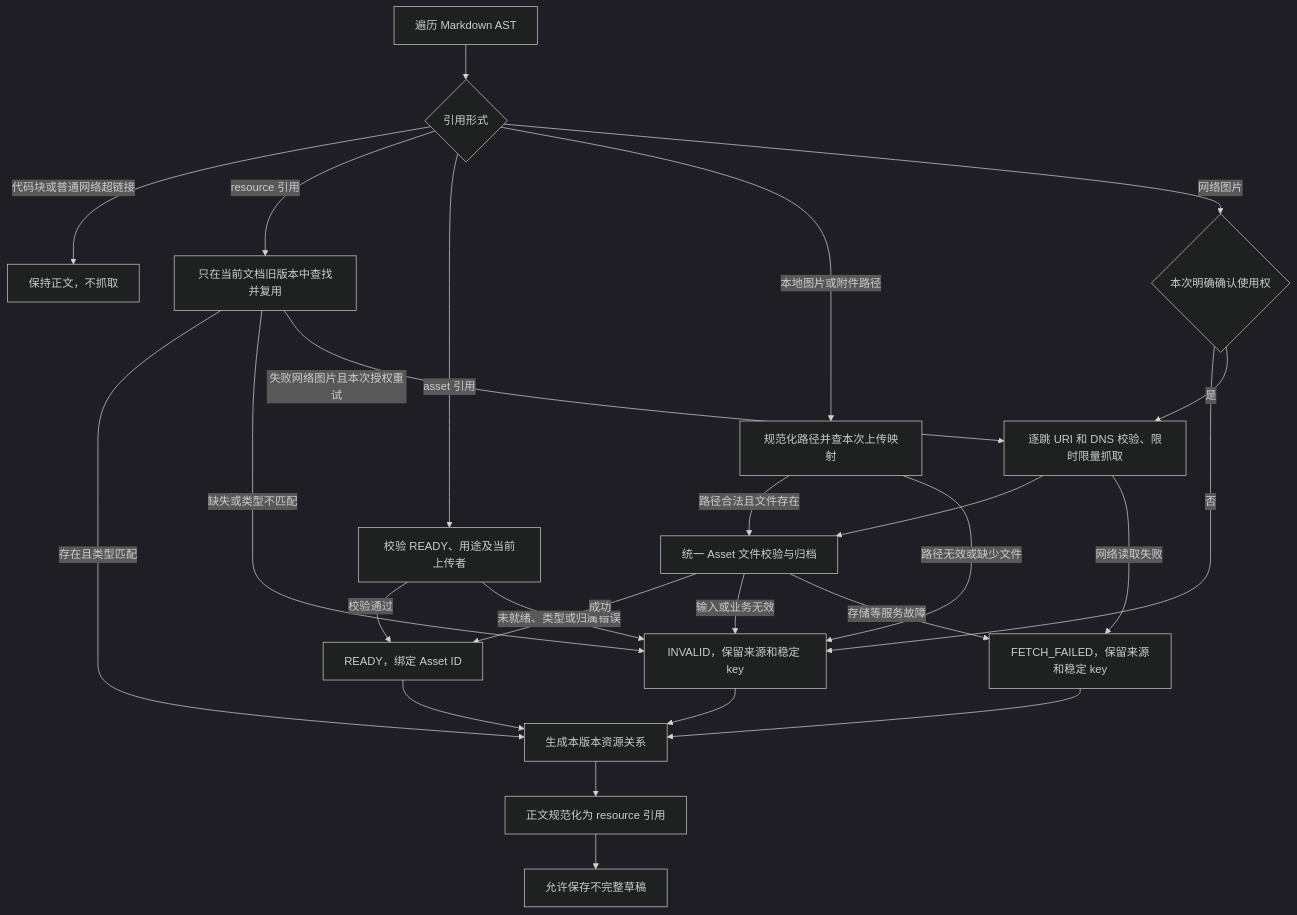
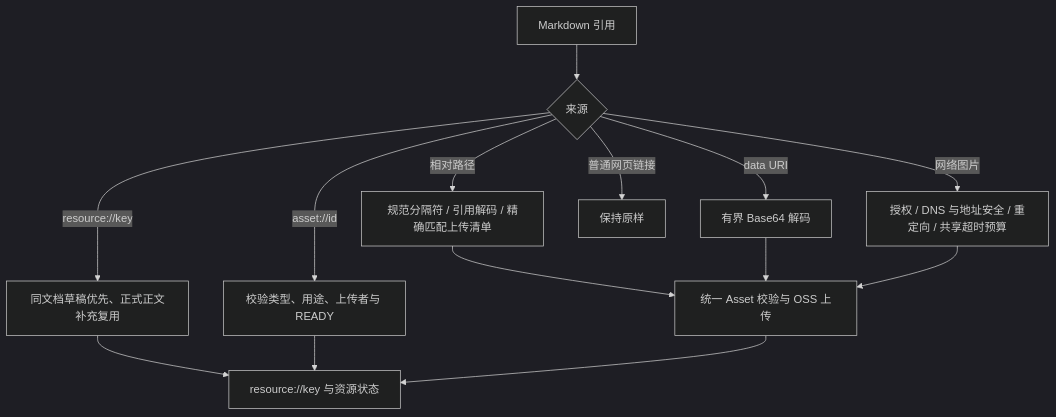
One commit to WKING66/mai-s-portfolio changed the diagram in resources/architecture/diagrams/document/04-resource-resolution.mmd. Above: the diagram before and after it, drawn with Mermaid (dark theme). The commit also changed 76 other files, not shown here.

Commit message:
refactor(backend-blog): align document draft and publication lifecycle

```diff
--- a/resources/architecture/diagrams/document/04-resource-resolution.mmd
+++ b/resources/architecture/diagrams/document/04-resource-resolution.mmd
@@ -1,27 +1,14 @@
-%% Generated from docs/architecture/document-import-export.md; edit that document first.
 flowchart TD
-    ast[遍历 Markdown AST] --> kind{引用形式}
-    kind -->|代码块或普通网络超链接| untouched[保持正文，不抓取]
-    kind -->|resource 引用| old[只在当前文档旧版本中查找并复用]
-    kind -->|asset 引用| owned[校验 READY、用途及当前上传者]
-    kind -->|本地图片或附件路径| local[规范化路径并查本次上传映射]
-    kind -->|网络图片| rights{本次明确确认使用权}
-    rights -->|否| invalid[INVALID，保留来源和稳定 key]
-    rights -->|是| remote[逐跳 URI 和 DNS 校验、限时限量抓取]
-    local -->|路径合法且文件存在| upload[统一 Asset 文件校验与归档]
-    local -->|路径无效或缺少文件| invalid
+    uri[Markdown 引用] --> classify{来源}
+    classify -->|resource://key| old[同文档草稿优先、正式正文补充复用]
+    classify -->|asset://id| ready[校验类型、用途、上传者与 READY]
+    classify -->|相对路径| local[规范分隔符 / 引用解码 / 精确匹配上传清单]
+    classify -->|data URI| inline[有界 Base64 解码]
+    classify -->|网络图片| remote[授权 / DNS 与地址安全 / 重定向 / 共享超时预算]
+    local --> upload[统一 Asset 校验与 OSS 上传]
+    inline --> upload
     remote --> upload
-    owned -->|校验通过| ready[READY，绑定 Asset ID]
-    owned -->|未就绪、类型或归属错误| invalid
-    old -->|存在且类型匹配| result[生成本版本资源关系]
-    old -->|缺失或类型不匹配| invalid
-    old -->|失败网络图片且本次授权重试| remote
-    upload -->|成功| ready
-    upload -->|输入或业务无效| invalid
-    remote -->|网络读取失败| failed[FETCH_FAILED，保留来源和稳定 key]
-    upload -->|存储等服务故障| failed
-    ready --> result
-    invalid --> result
-    failed --> result
-    result --> normalize[正文规范化为 resource 引用]
-    normalize --> draft[允许保存不完整草稿]
+    old --> normalized[resource://key 与资源状态]
+    ready --> normalized
+    upload --> normalized
+    classify -->|普通网页链接| unchanged[保持原样]
```
